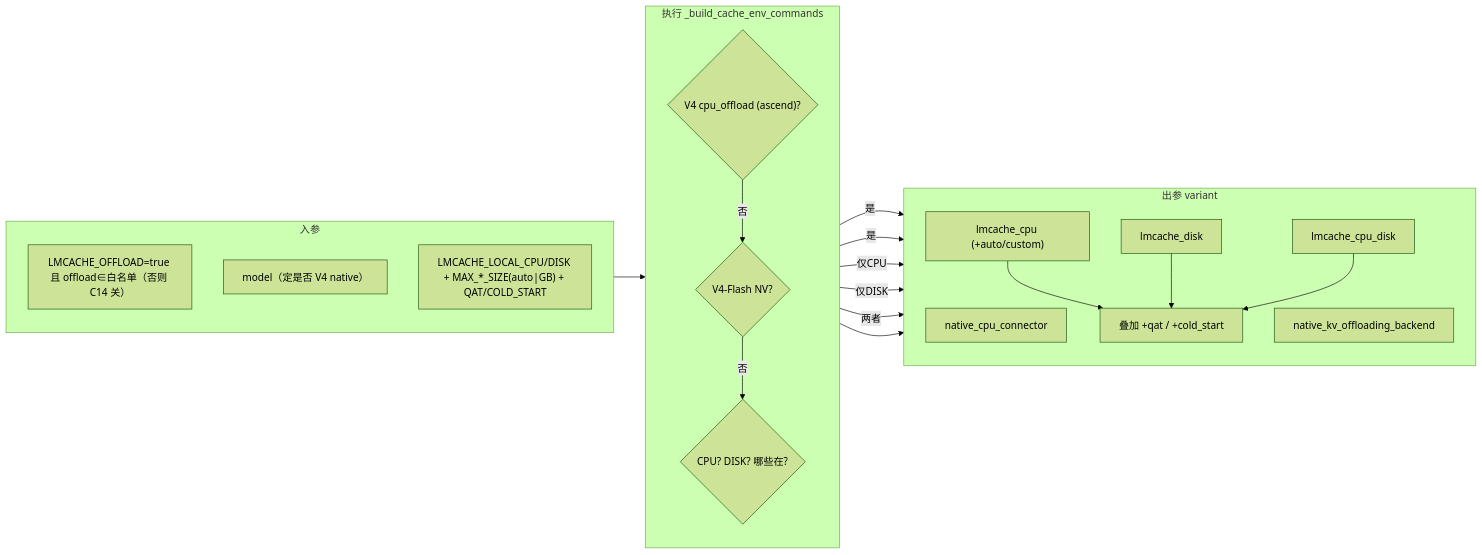
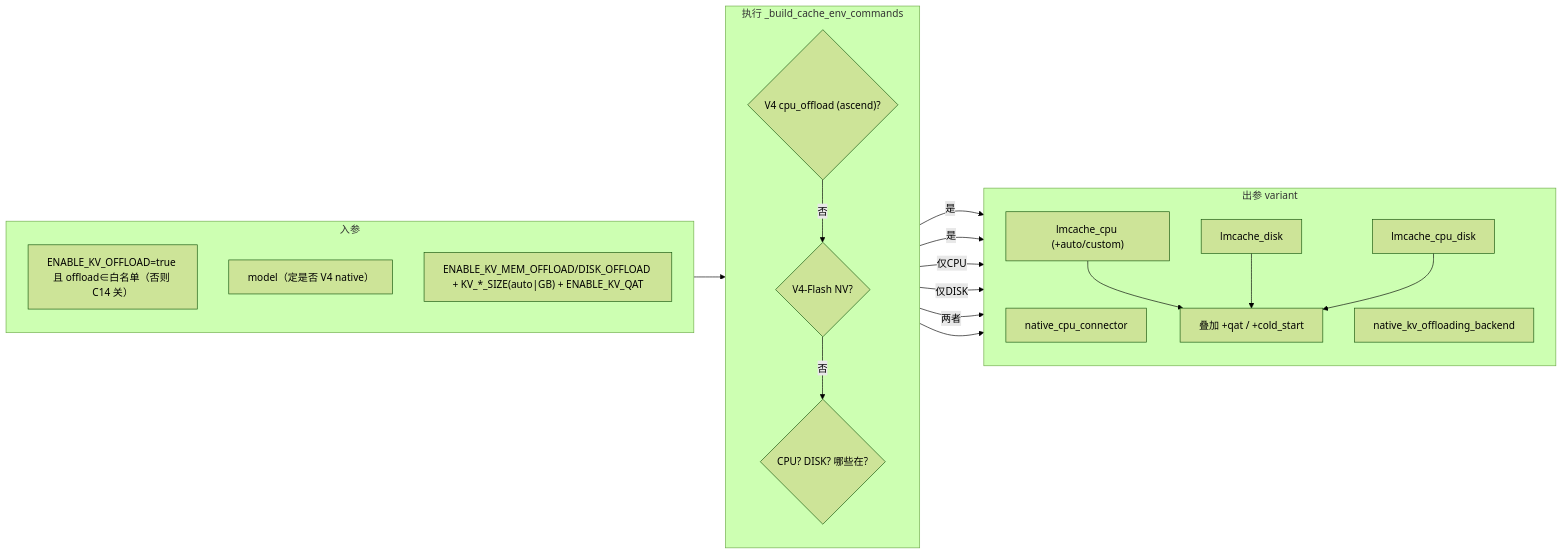
Before and after one commit to thegodloy-jpg/wings-control: diagram 18 of 18 in xuqiu/smart/需求一-三特性使能.md, drawn with Mermaid (forest theme). The commit also changed other lines of this file and 1 other file, not shown here.

First line of the commit message:
@ docs(smart): 需求一文档全量对齐 Maas 交互契约 — ENV 改名 + 层级门控 + auto 显式 + 代码修改清单

````diff
--- a/xuqiu/smart/需求一-三特性使能.md
+++ b/xuqiu/smart/需求一-三特性使能.md
@@ -1098,35 +1165,35 @@
 ```mermaid
 flowchart LR
   subgraph IN["入参"]
     direction TB
-    P1["LMCACHE_OFFLOAD=true 且 offload∈白名单（否则 C14 关）"]
+    P1["ENABLE_KV_OFFLOAD=true 且 offload∈白名单（否则 C14 关）"]
     P2["model（定是否 V4 native）"]
-    P3["LMCACHE_LOCAL_CPU/DISK + MAX_*_SIZE(auto|GB) + QAT/COLD_START"]
+    P3["ENABLE_KV_MEM_OFFLOAD/DISK_OFFLOAD + KV_*_SIZE(auto|GB) + ENABLE_KV_QAT"]
   end
   subgraph EXEC["执行 _build_cache_env_commands"]
     direction TB
     E1{"V4 cpu_offload (ascend)?"}
     E2{"V4-Flash NV?"}
     E3{"CPU? DISK? 哪些在?"}
     E1 -- 否 --> E2
     E2 -- 否 --> E3
   end
   subgraph OUT["出参 variant"]
     direction TB
     Rnc["native_cpu_connector"]
     Rnk["native_kv_offloading_backend"]
     Rc["lmcache_cpu (+auto/custom)"]
     Rk["lmcache_disk"]
     Rt["lmcache_cpu_disk"]
     M["叠加 +qat / +cold_start"]
   end
   E1 -- 是 --> Rnc
   E2 -- 是 --> Rnk
   E3 -- 仅CPU --> Rc
   E3 -- 仅DISK --> Rk
   E3 -- 两者 --> Rt
   Rc --> M
   Rk --> M
   Rt --> M
   IN --> EXEC --> OUT
 ```
````
